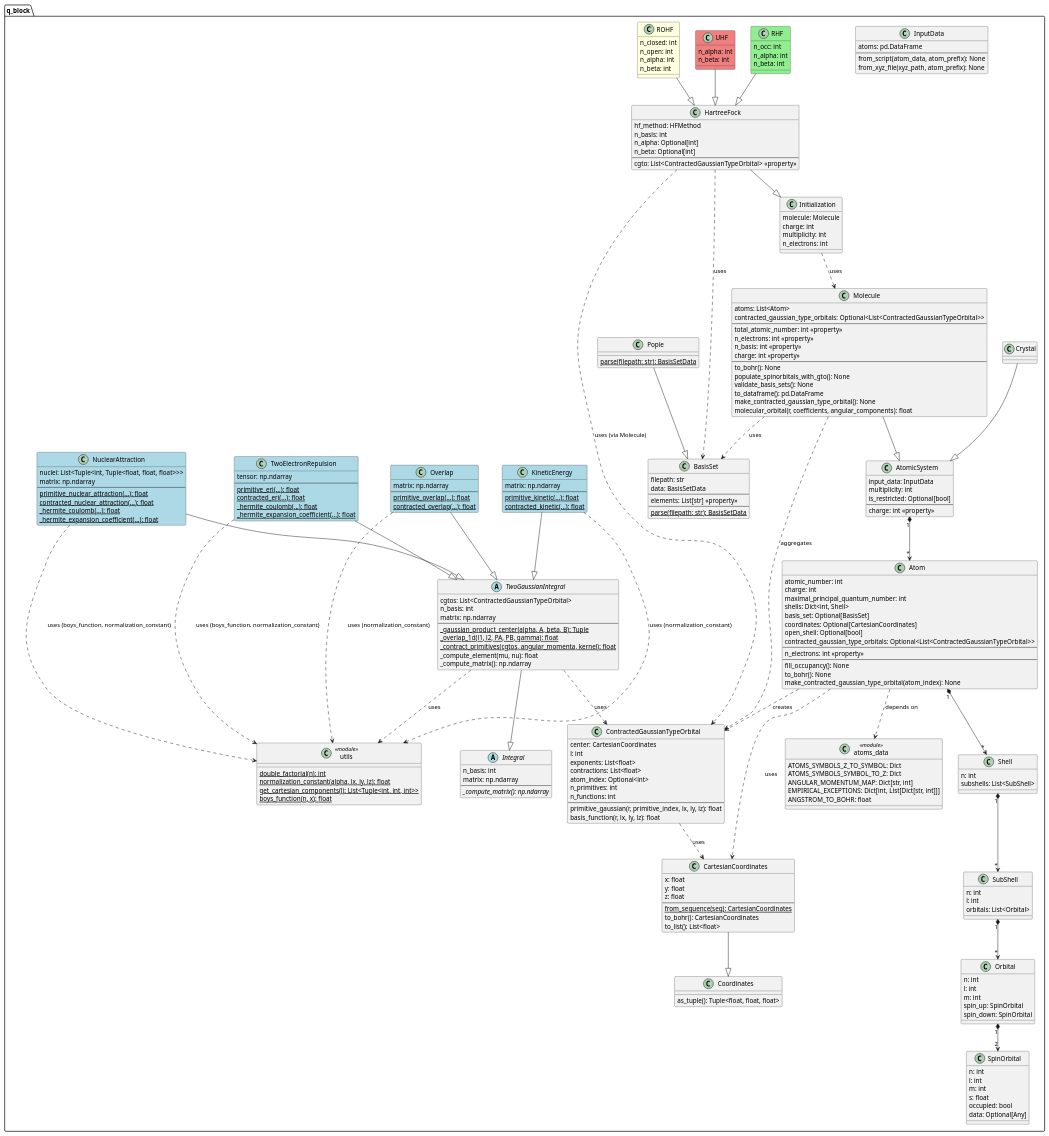
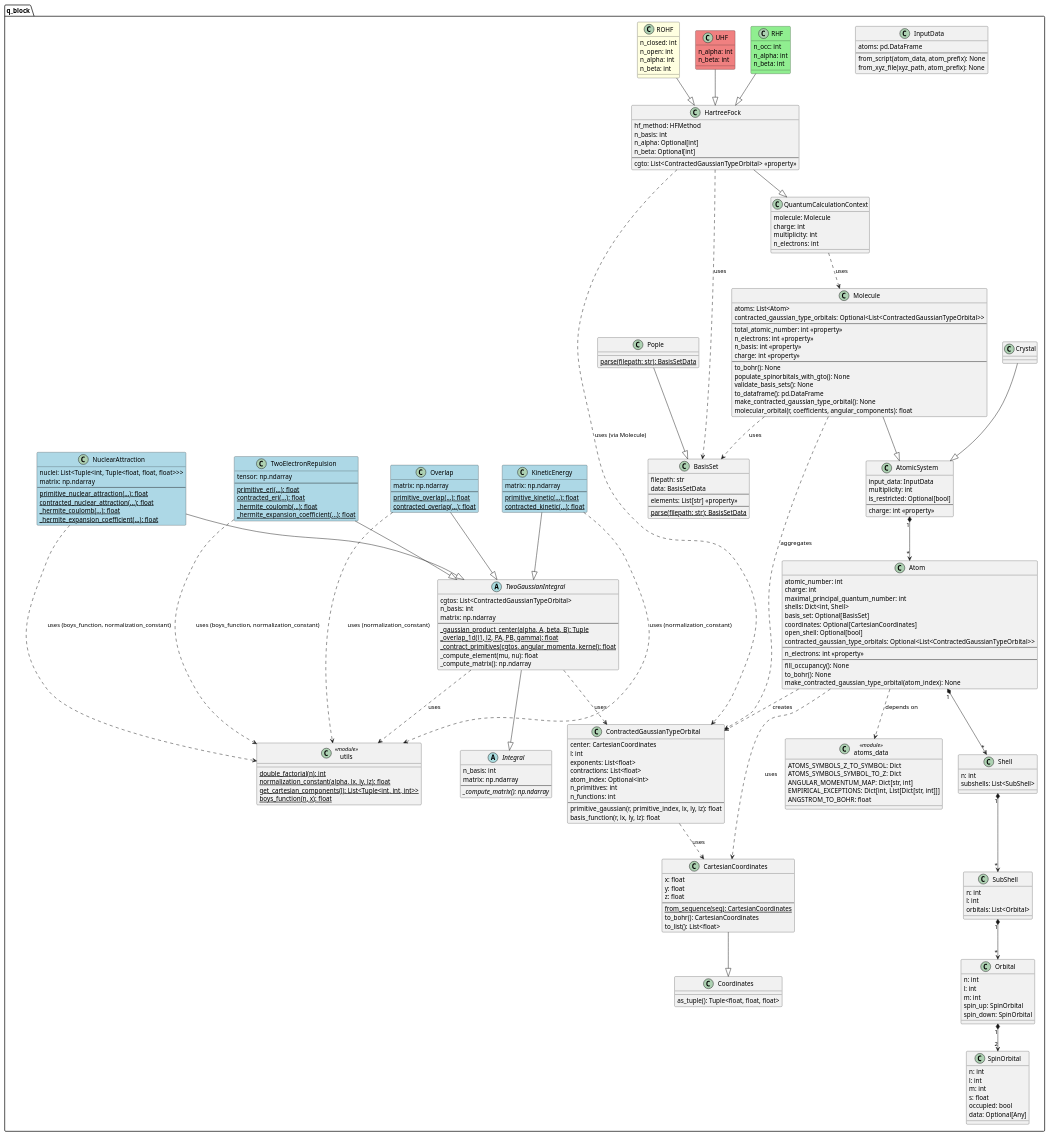
One commit to milosz-martynow/qBlock changed the diagram in architecture/bdd_q_block.puml. Above: the diagram before and after it, drawn with PlantUML. The commit also changed 9 other files, not shown here.

Commit message:
change Initialization class verb names into noun clas name Quantum CalculationContext

```diff
--- a/architecture/bdd_q_block.puml
+++ b/architecture/bdd_q_block.puml
@@ -125,10 +125,10 @@
     }
 
     ' ----------------------------------------------------------
-    ' theory.initialization
+    ' theory.initialization (quantum_calculation_context)
     ' ----------------------------------------------------------
 
-    class "Initialization" {
+    class "QuantumCalculationContext" {
         molecule: Molecule
         charge: int
         multiplicity: int
@@ -266,7 +266,7 @@
     BSP                  --|> BS
     Molecule             --|> AtomicSystem
     Crystal              --|> AtomicSystem
-    HartreeFock          --|> Initialization
+    HartreeFock          --|> QuantumCalculationContext
     RHF                  --|> HartreeFock
     UHF                  --|> HartreeFock
     ROHF                 --|> HartreeFock
@@ -292,7 +292,7 @@
 "Atom"           ..> CGTO : creates
 "Molecule"       ..> BS  : uses
 "Molecule"       ..> CGTO : aggregates
-"Initialization" ..> "Molecule" : uses
+"QuantumCalculationContext" ..> "Molecule" : uses
 "HartreeFock"    ..> BS  : uses
 "HartreeFock"    ..> CGTO : uses (via Molecule)
 CGTO             ..> "CartesianCoordinates" : uses
```
